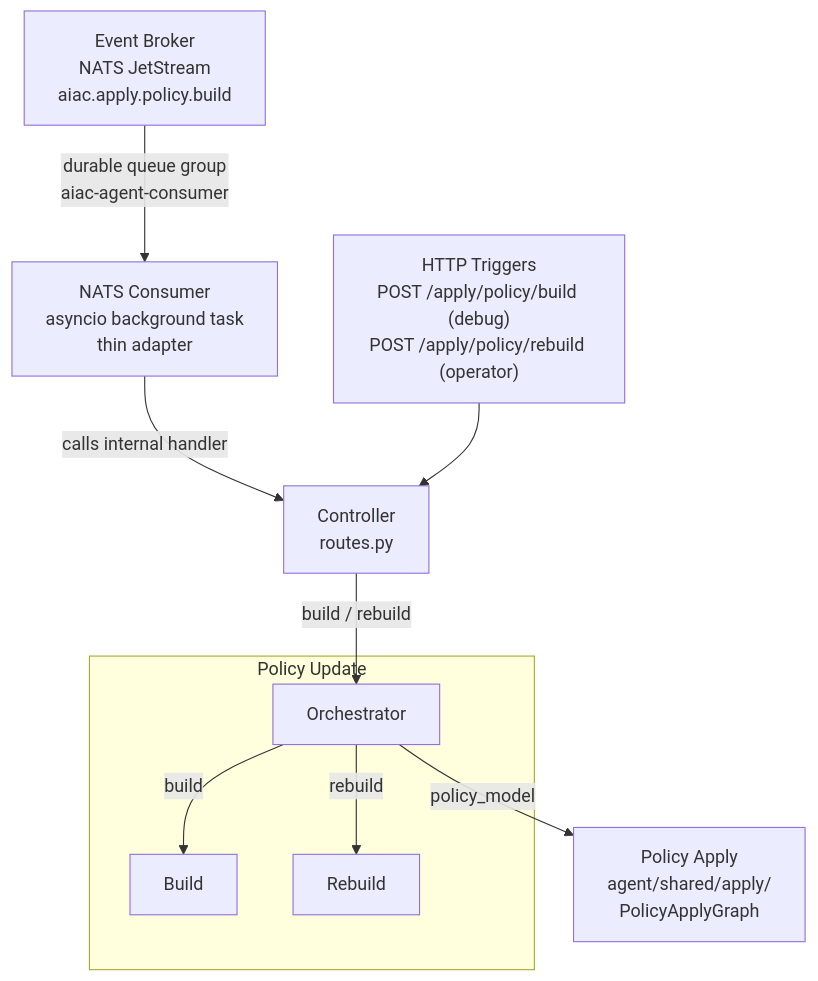
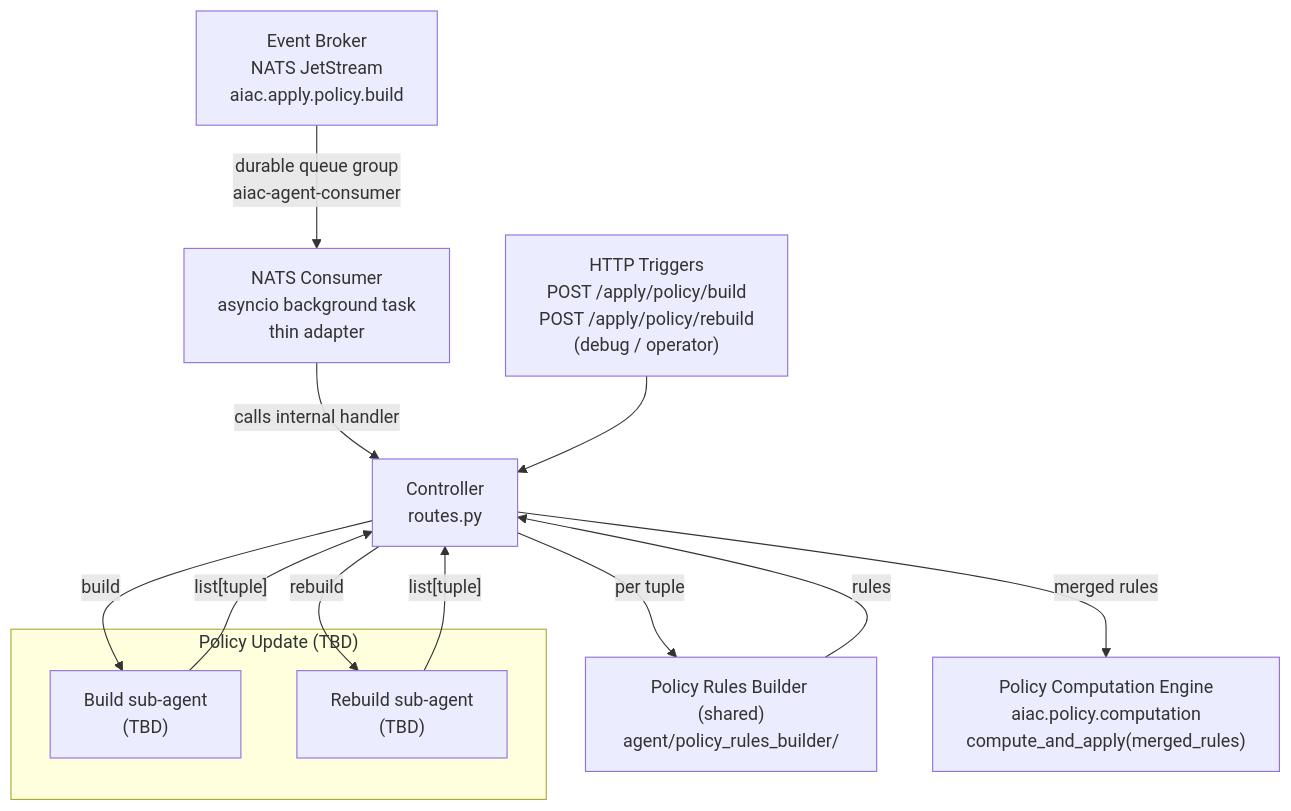
Before and after one commit to rossoctl/aiac: the diagram in inception/requirements/components/aiac-agent/uc2-policy-update.md, drawn with Mermaid. The commit also changed other lines of this file and 2 other files, not shown here.

First line of the commit message:
docs(aiac-agent): rewrite UC1, UC2, UC3 sub-PRDs per grill-me session

````diff
--- a/inception/requirements/components/aiac-agent/uc2-policy-update.md
+++ b/inception/requirements/components/aiac-agent/uc2-policy-update.md
@@ -11,25 +17,27 @@
 ```mermaid
 flowchart TD
     NATS["Event Broker\nNATS JetStream\naiac.apply.policy.build"]
     NATS_CONSUMER["NATS Consumer\nasyncio background task\nthin adapter"]
-    TRIGGERS["HTTP Triggers\nPOST /apply/policy/build (debug)\nPOST /apply/policy/rebuild (operator)"]
+    TRIGGERS["HTTP Triggers\nPOST /apply/policy/build\nPOST /apply/policy/rebuild\n(debug / operator)"]
     CTRL["Controller\nroutes.py"]
 
     NATS -->|"durable queue group\naiac-agent-consumer"| NATS_CONSUMER
     NATS_CONSUMER -->|"calls internal handler"| CTRL
     TRIGGERS --> CTRL
 
-    subgraph PU["Policy Update"]
-        ORC2["Orchestrator"]
-        SA3["Build"]
-        SA4["Rebuild"]
-        ORC2 -->|"build"| SA3
-        ORC2 -->|"rebuild"| SA4
+    subgraph PU["Policy Update (TBD)"]
+        SA_BUILD["Build sub-agent\n(TBD)"]
+        SA_REBUILD["Rebuild sub-agent\n(TBD)"]
     end
 
-    APPLY["Policy Apply\nagent/shared/apply/\nPolicyApplyGraph"]
+    PRB["Policy Rules Builder (shared)\nagent/policy_rules_builder/"]
+    PCE["Policy Computation Engine\naiac.policy.computation\ncompute_and_apply(merged_rules)"]
 
-    ORC2 -->|"policy_model"| APPLY
-
-    CTRL -->|"build / rebuild"| ORC2
+    CTRL -->|"build"| SA_BUILD
+    CTRL -->|"rebuild"| SA_REBUILD
+    SA_BUILD -->|"list[tuple]"| CTRL
+    SA_REBUILD -->|"list[tuple]"| CTRL
+    CTRL -->|"per tuple"| PRB
+    PRB -->|"rules"| CTRL
+    CTRL -->|"merged rules"| PCE
 ```
````
